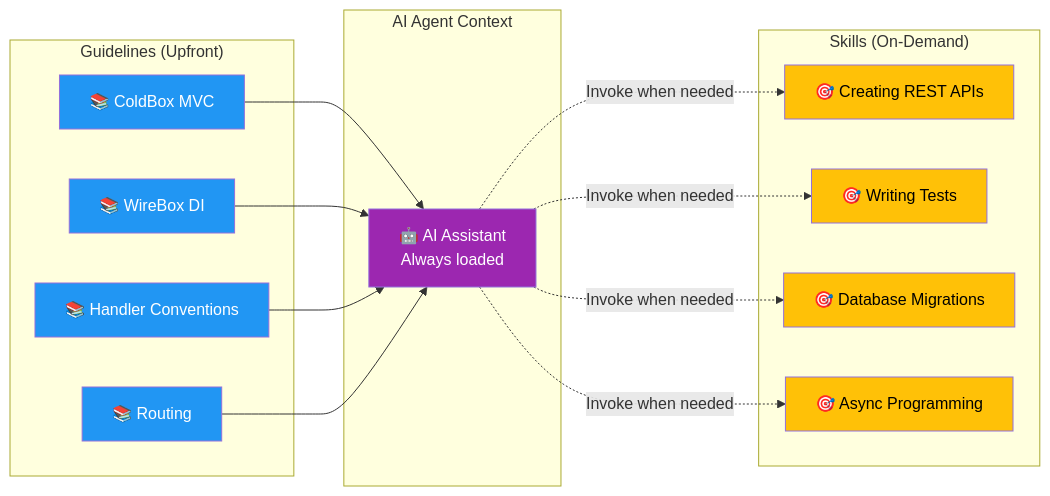
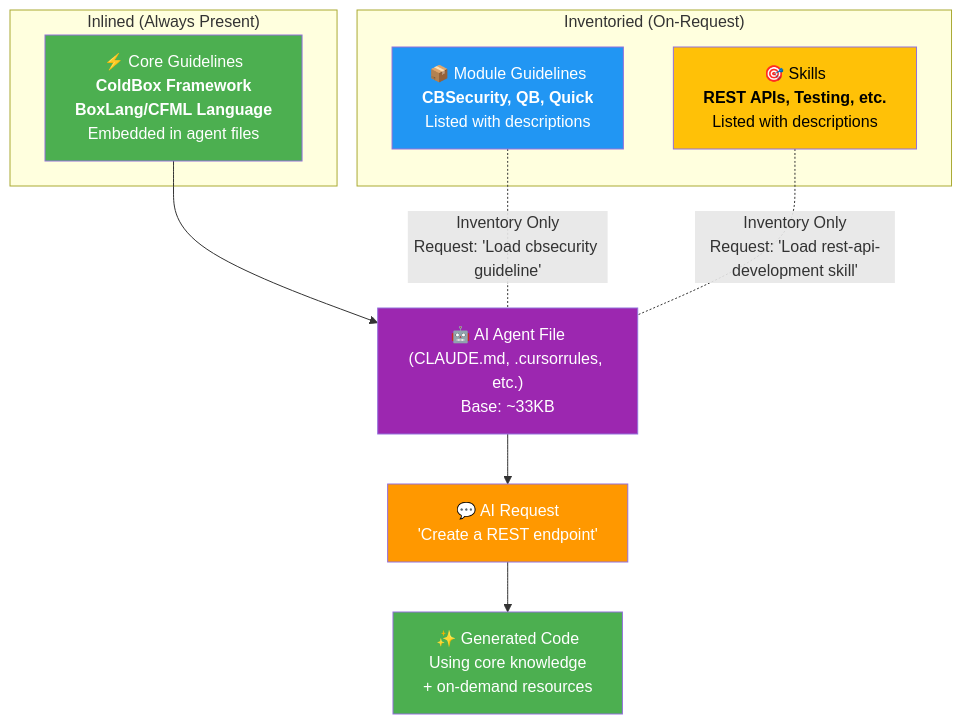
The fourth of 8 diagrams in AI_INTEGRATION.md (ColdBox/coldbox-cli), drawn with Mermaid before and after one commit. The commit also changed other lines of this file and 1 other file, not shown here.

````diff
--- a/AI_INTEGRATION.md
+++ b/AI_INTEGRATION.md
@@ -286,40 +286,27 @@
 ```mermaid
-graph LR
-    subgraph "Guidelines (Upfront)"
-        G1["📚 ColdBox MVC"]
-        G2["📚 WireBox DI"]
-        G3["📚 Handler Conventions"]
-        G4["📚 Routing"]
+flowchart TB
+    subgraph "Inlined (Always Present)"
+        CoreG["⚡ Core Guidelines<br/><b>ColdBox Framework</b><br/><b>BoxLang/CFML Language</b><br/>Embedded in agent files"]
     end
 
-    subgraph "AI Agent Context"
-        Agent["🤖 AI Assistant<br/>Always loaded"]
+    subgraph "Inventoried (On-Request)"
+        ModuleG["📦 Module Guidelines<br/><b>CBSecurity, QB, Quick</b><br/>Listed with descriptions"]
+        Skills["🎯 Skills<br/><b>REST APIs, Testing, etc.</b><br/>Listed with descriptions"]
     end
 
-    subgraph "Skills (On-Demand)"
-        S1["🎯 Creating REST APIs"]
-        S2["🎯 Writing Tests"]
-        S3["🎯 Database Migrations"]
-        S4["🎯 Async Programming"]
-    end
+    AgentFile["🤖 AI Agent File<br/>(CLAUDE.md, .cursorrules, etc.)<br/>Base: ~33KB"]
 
-    G1 --> Agent
-    G2 --> Agent
-    G3 --> Agent
-    G4 --> Agent
+    CoreG --> AgentFile
+    ModuleG -.-|"Inventory Only<br/>Request: 'Load cbsecurity guideline'"| AgentFile
+    Skills -.-|"Inventory Only<br/>Request: 'Load rest-api-development skill'"| AgentFile
 
-    Agent -."Invoke when needed".-> S1
-    Agent -."Invoke when needed".-> S2
-    Agent -."Invoke when needed".-> S3
-    Agent -."Invoke when needed".-> S4
+    AgentFile --> Request["💬 AI Request<br/>'Create a REST endpoint'"]
+    Request --> Response["✨ Generated Code<br/>Using core knowledge<br/>+ on-demand resources"]
 
-    style Agent fill:#9c27b0,color:#fff
-    style G1 fill:#2196f3,color:#fff
-    style G2 fill:#2196f3,color:#fff
-    style G3 fill:#2196f3,color:#fff
-    style G4 fill:#2196f3,color:#fff
-    style S1 fill:#ffc107,color:#000
-    style S2 fill:#ffc107,color:#000
-    style S3 fill:#ffc107,color:#000
-    style S4 fill:#ffc107,color:#000
+    style CoreG fill:#4caf50,color:#fff
+    style ModuleG fill:#2196f3,color:#fff
+    style Skills fill:#ffc107,color:#000
+    style AgentFile fill:#9c27b0,color:#fff
+    style Request fill:#ff9800,color:#fff
+    style Response fill:#4caf50,color:#fff
 ```
````
